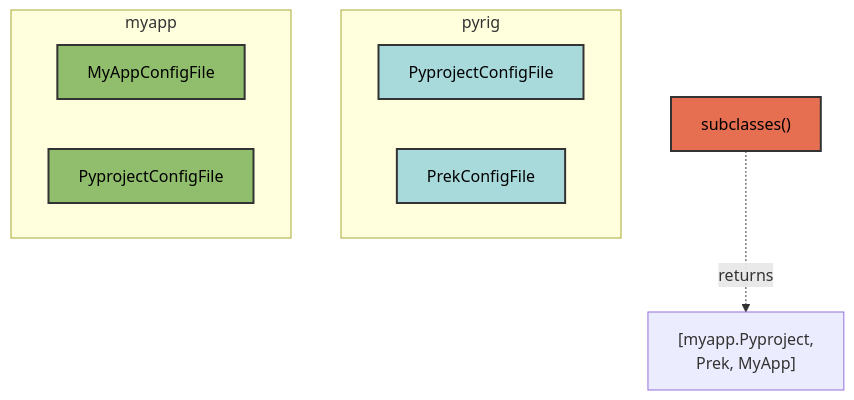
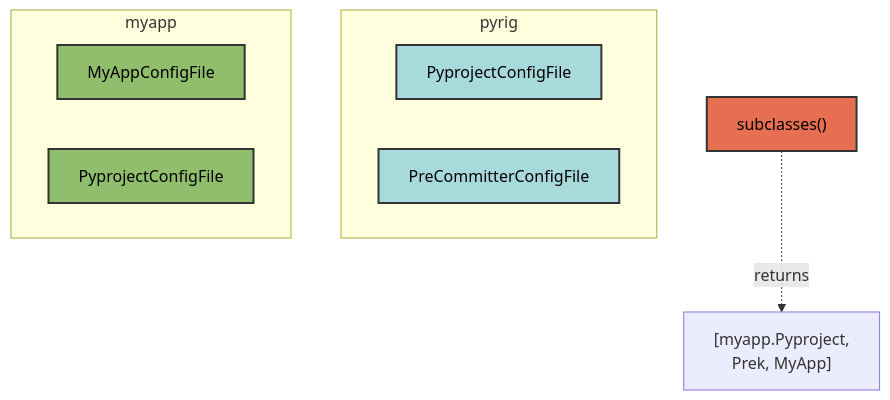
One commit to Winipedia/pyrig changed the third of 3 diagrams in docs/tools/architecture.md. Above: the diagram before and after it, drawn with Mermaid. The commit also changed 3 other files, not shown here.

````diff
--- a/docs/tools/architecture.md
+++ b/docs/tools/architecture.md
@@ -95,20 +95,20 @@
 ```mermaid
 graph TD
     subgraph pyrig
         A[PyprojectConfigFile]
-        B[PrekConfigFile]
+        B[PreCommitterConfigFile]
     end
     subgraph myapp
         C[MyAppConfigFile]
         D[PyprojectConfigFile]
     end
 
     E["subclasses()"] -.->|returns| F["[myapp.Pyproject,
     Prek, MyApp]"]
 
     style A fill:#a8dadc,stroke:#333,stroke-width:2px,color:#000
     style B fill:#a8dadc,stroke:#333,stroke-width:2px,color:#000
     style C fill:#90be6d,stroke:#333,stroke-width:2px,color:#000
     style D fill:#90be6d,stroke:#333,stroke-width:2px,color:#000
     style E fill:#e76f51,stroke:#333,stroke-width:2px,color:#000
 ```
````
